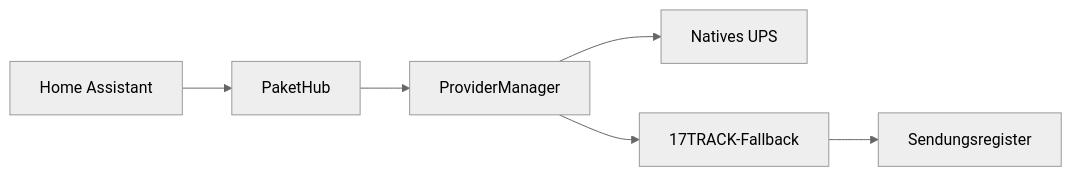
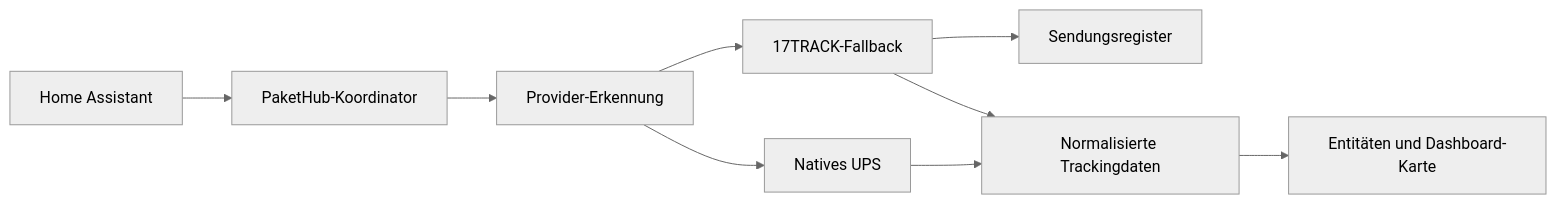
The diagram in docs/de/index.md (eifeldj/pakethub), drawn with Mermaid (neutral theme) before and after one commit. The commit also changed other lines of this file and 17505 other files, not shown here.

````diff
--- a/docs/de/index.md
+++ b/docs/de/index.md
@@ -34,8 +60,11 @@
 ```mermaid
 flowchart LR
-    HA[Home Assistant] --> PH[PaketHub]
-    PH --> PM[ProviderManager]
-    PM --> UPS[Natives UPS]
-    PM --> T17[17TRACK-Fallback]
-    T17 --> REG[Sendungsregister]
+    A[Home Assistant] --> B[PaketHub-Koordinator]
+    B --> C[Provider-Erkennung]
+    C --> D[Natives UPS]
+    C --> E[17TRACK-Fallback]
+    E --> F[Sendungsregister]
+    D --> G[Normalisierte Trackingdaten]
+    E --> G
+    G --> H[Entitäten und Dashboard-Karte]
 ```
````
